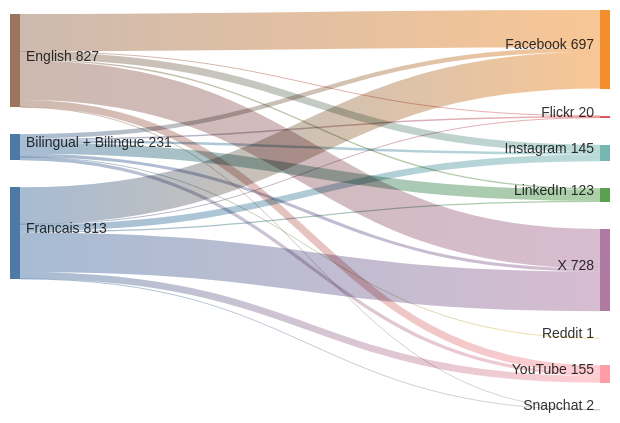
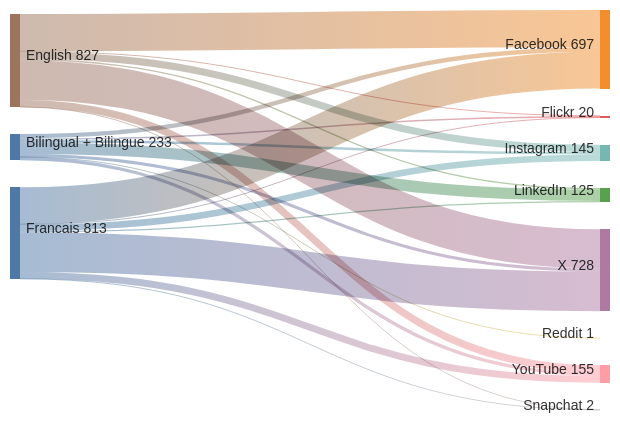
Before and after one commit to PatLittle/GC-Socials: the diagram in sankey_diagram.md, drawn with Mermaid.

Commit message:
Update Sankey diagram for the most recent day

````diff
--- a/sankey_diagram.md
+++ b/sankey_diagram.md
@@ -1,24 +1,24 @@
 ```mermaid
 sankey-beta
   Bilingual + Bilingue,Facebook,39
   Bilingual + Bilingue,Flickr,13
   Bilingual + Bilingue,Instagram,22
-  Bilingual + Bilingue,LinkedIn,100
+  Bilingual + Bilingue,LinkedIn,102
   Bilingual + Bilingue,Reddit,1
   Bilingual + Bilingue,X,27
   Bilingual + Bilingue,YouTube,29
   English,Facebook,331
   English,Flickr,4
   English,Instagram,64
   English,LinkedIn,12
   English,Snapchat,1
   English,X,350
   English,YouTube,65
   Francais,Facebook,327
   Francais,Flickr,3
   Francais,Instagram,59
   Francais,LinkedIn,11
   Francais,Snapchat,1
   Francais,X,351
   Francais,YouTube,61
 ```
````
